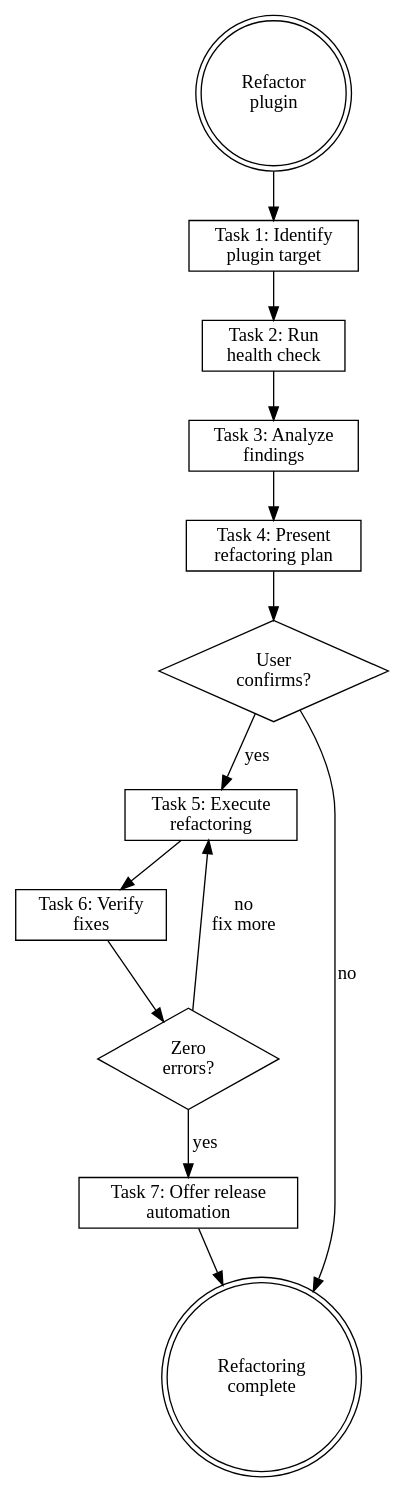
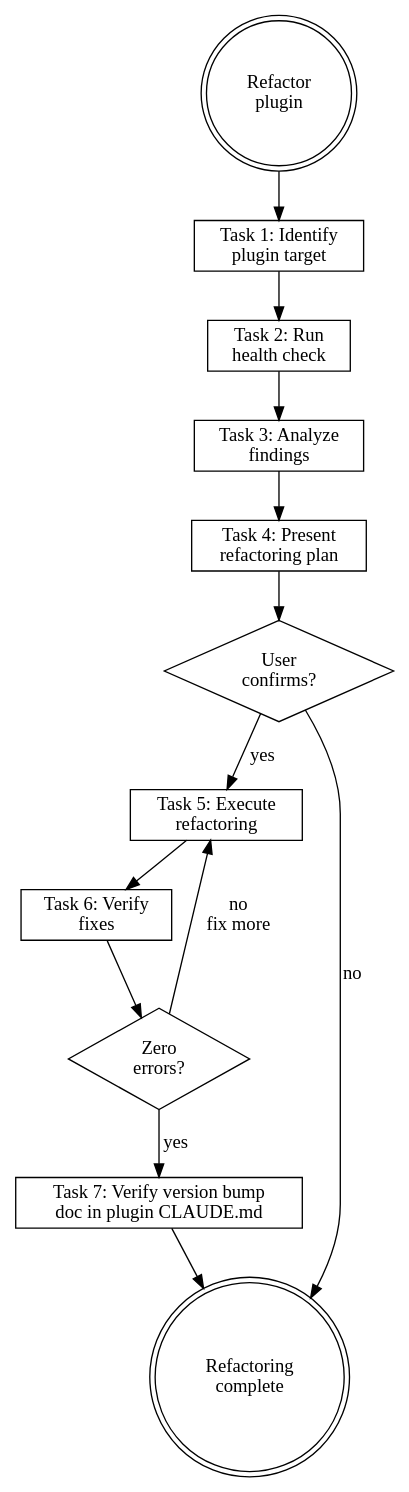
The diagram in plugins/rcc/skills/refactoring-plugins/SKILL.md (wayne930242/Reflexive-Claude-Code), drawn with Graphviz before and after one commit. The commit also changed other lines of this file and 7 other files, not shown here.

First line of the commit message:
feat: move plugin version bump docs into plugin CLAUDE.md

````diff
--- a/plugins/rcc/skills/refactoring-plugins/SKILL.md
+++ b/plugins/rcc/skills/refactoring-plugins/SKILL.md
@@ -197,30 +190,30 @@
 ```dot
 digraph refactor_plugin {
     rankdir=TB;
 
     start [label="Refactor\nplugin", shape=doublecircle];
     identify [label="Task 1: Identify\nplugin target", shape=box];
     health [label="Task 2: Run\nhealth check", shape=box];
     analyze [label="Task 3: Analyze\nfindings", shape=box];
     present [label="Task 4: Present\nrefactoring plan", shape=box];
     confirm [label="User\nconfirms?", shape=diamond];
     execute [label="Task 5: Execute\nrefactoring", shape=box];
     verify [label="Task 6: Verify\nfixes", shape=box];
     pass [label="Zero\nerrors?", shape=diamond];
-    release [label="Task 7: Offer release\nautomation", shape=box];
+    release [label="Task 7: Verify version bump\ndoc in plugin CLAUDE.md", shape=box];
     done [label="Refactoring\ncomplete", shape=doublecircle];
 
     start -> identify;
     identify -> health;
     health -> analyze;
     analyze -> present;
     present -> confirm;
     confirm -> execute [label="yes"];
     confirm -> done [label="no"];
     execute -> verify;
     verify -> pass;
     pass -> release [label="yes"];
     pass -> execute [label="no\nfix more"];
     release -> done;
 }
 ```
````
